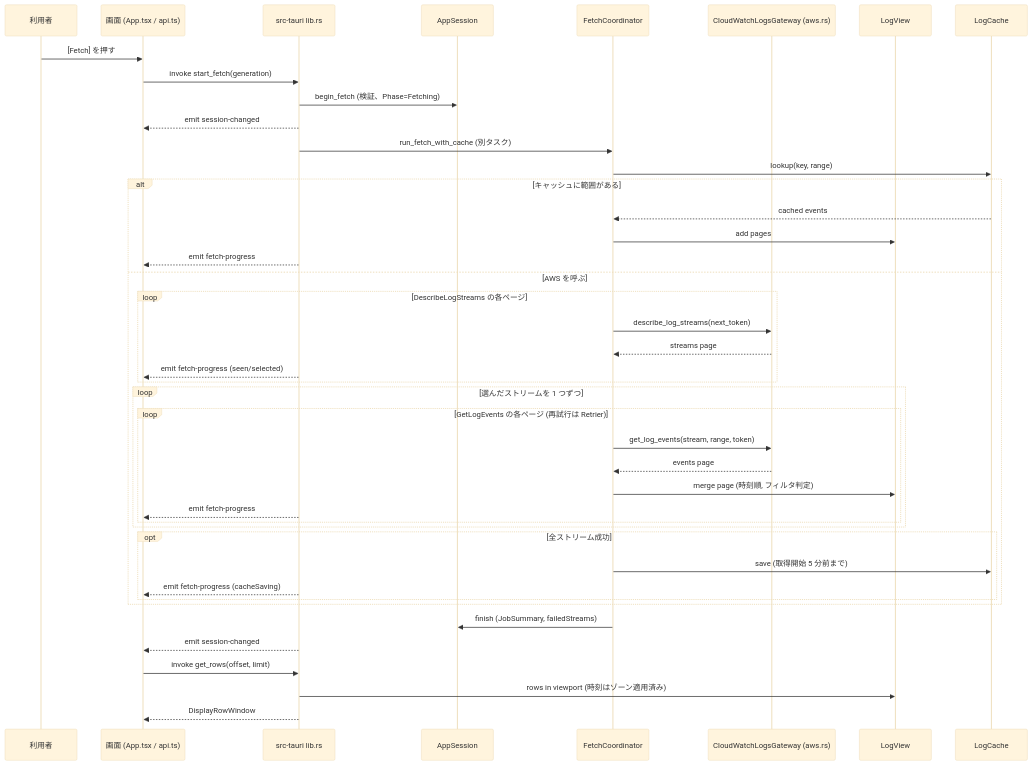
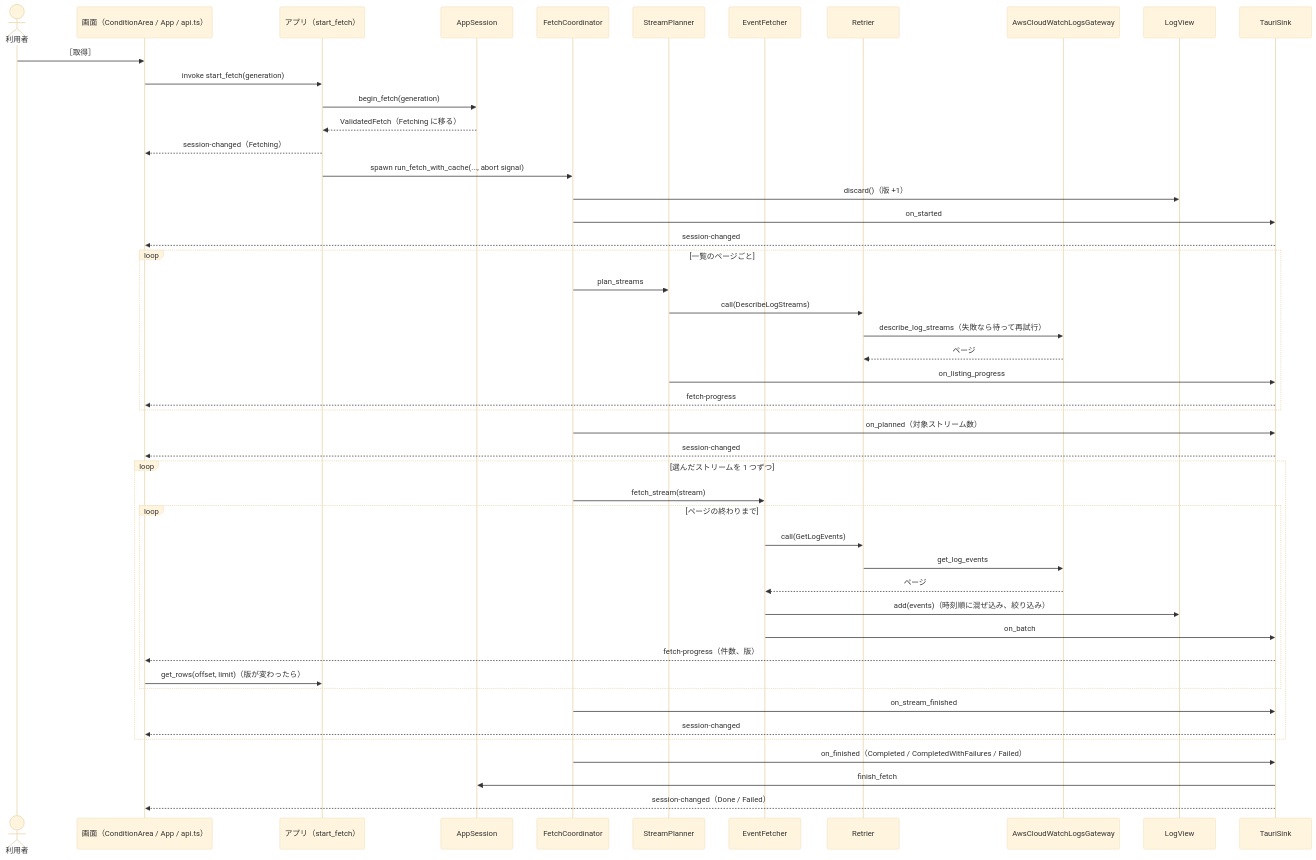
Before and after one commit to kdnakt/local-sights: the second of 5 diagrams in aidlc/spaces/default/codekb/local-sights/architecture.md, drawn with Mermaid (base theme). The commit also changed other lines of this file and 333 other files, not shown here.

````diff
--- a/aidlc/spaces/default/codekb/local-sights/architecture.md
+++ b/aidlc/spaces/default/codekb/local-sights/architecture.md
@@ -132,46 +139,51 @@
 ```mermaid
 sequenceDiagram
-  participant U as 利用者
-  participant S as 画面 (App.tsx / api.ts)
-  participant T as src-tauri lib.rs
-  participant A as AppSession
+  actor User as 利用者
+  participant UI as 画面（ConditionArea / App / api.ts）
+  participant Cmd as アプリ（start_fetch）
+  participant S as AppSession
   participant C as FetchCoordinator
-  participant G as CloudWatchLogsGateway (aws.rs)
+  participant P as StreamPlanner
+  participant F as EventFetcher
+  participant R as Retrier
+  participant G as AwsCloudWatchLogsGateway
   participant V as LogView
-  participant K as LogCache
+  participant K as TauriSink
 
-  U->>S: [Fetch] を押す
-  S->>T: invoke start_fetch(generation)
-  T->>A: begin_fetch (検証、Phase=Fetching)
-  T-->>S: emit session-changed
-  T->>C: run_fetch_with_cache (別タスク)
-  C->>K: lookup(key, range)
-  alt キャッシュに範囲がある
-    K-->>C: cached events
-    C->>V: add pages
-    T-->>S: emit fetch-progress
-  else AWS を呼ぶ
-    loop DescribeLogStreams の各ページ
-      C->>G: describe_log_streams(next_token)
-      G-->>C: streams page
-      T-->>S: emit fetch-progress (seen/selected)
+  User->>UI: ［取得］
+  UI->>Cmd: invoke start_fetch(generation)
+  Cmd->>S: begin_fetch(generation)
+  S-->>Cmd: ValidatedFetch（Fetching に移る）
+  Cmd-->>UI: session-changed（Fetching）
+  Cmd->>C: spawn run_fetch_with_cache(..., abort signal)
+  C->>V: discard()（版 +1）
+  C->>K: on_started
+  K-->>UI: session-changed
+  loop 一覧のページごと
+    C->>P: plan_streams
+    P->>R: call(DescribeLogStreams)
+    R->>G: describe_log_streams（失敗なら待って再試行）
+    G-->>R: ページ
+    P->>K: on_listing_progress
+    K-->>UI: fetch-progress
+  end
+  C->>K: on_planned（対象ストリーム数）
+  K-->>UI: session-changed
+  loop 選んだストリームを 1 つずつ
+    C->>F: fetch_stream(stream)
+    loop ページの終わりまで
+      F->>R: call(GetLogEvents)
+      R->>G: get_log_events
+      G-->>F: ページ
+      F->>V: add(events)（時刻順に混ぜ込み、絞り込み）
+      F->>K: on_batch
+      K-->>UI: fetch-progress（件数、版）
+      UI->>Cmd: get_rows(offset, limit)（版が変わったら）
     end
-    loop 選んだストリームを 1 つずつ
-      loop GetLogEvents の各ページ (再試行は Retrier)
-        C->>G: get_log_events(stream, range, token)
-        G-->>C: events page
-        C->>V: merge page (時刻順, フィルタ判定)
-        T-->>S: emit fetch-progress
-      end
-    end
-    opt 全ストリーム成功
-      C->>K: save (取得開始 5 分前まで)
-      T-->>S: emit fetch-progress (cacheSaving)
-    end
+    C->>K: on_stream_finished
+    K-->>UI: session-changed
   end
-  C->>A: finish (JobSummary, failedStreams)
-  T-->>S: emit session-changed
-  S->>T: invoke get_rows(offset, limit)
-  T->>V: rows in viewport (時刻はゾーン適用済み)
-  T-->>S: DisplayRowWindow
+  C->>K: on_finished（Completed / CompletedWithFailures / Failed）
+  K->>S: finish_fetch
+  K-->>UI: session-changed（Done / Failed）
 ```
````
